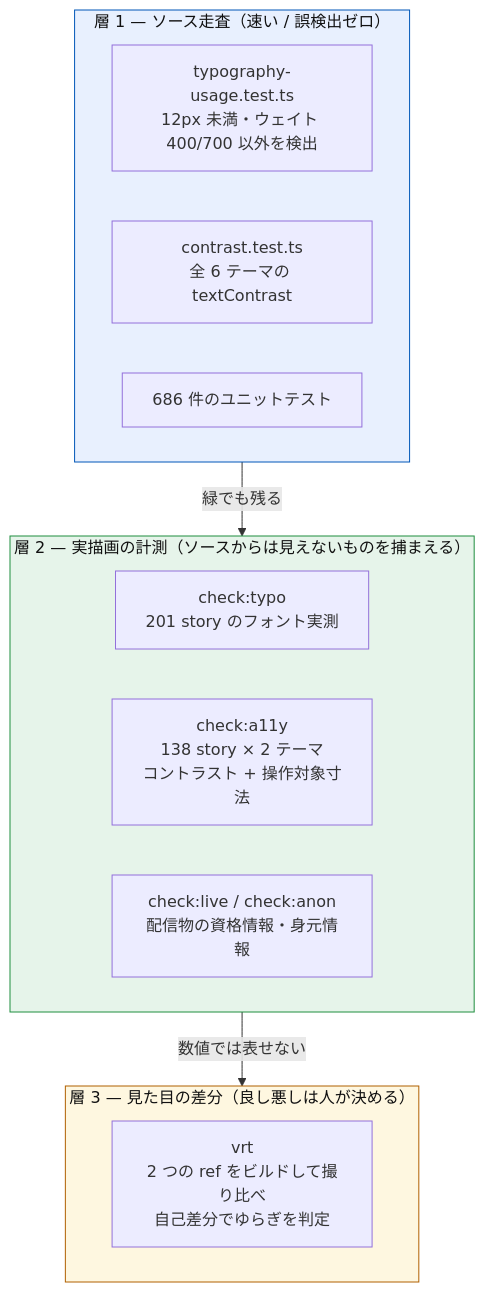
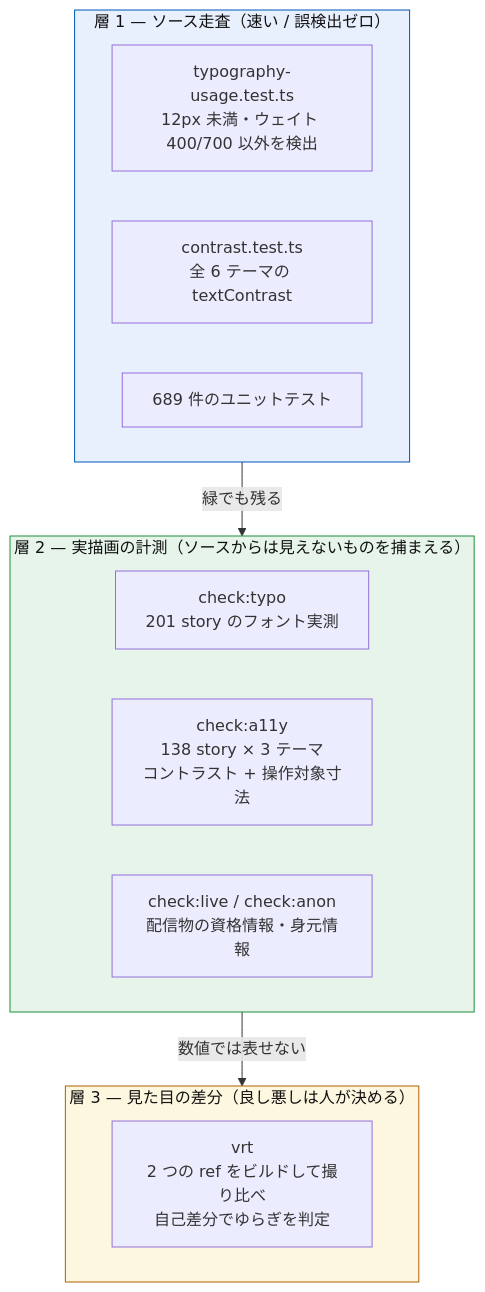
The diagram in docs/verification.md (BoxPistols/kaze-ux), drawn with Mermaid before and after one commit. The commit also changed other lines of this file and 7 other files, not shown here.

````diff
--- a/docs/verification.md
+++ b/docs/verification.md
@@ -7,25 +7,25 @@
 ```mermaid
 flowchart TB
   subgraph L1["層 1 — ソース走査（速い / 誤検出ゼロ）"]
     T1["typography-usage.test.ts<br/>12px 未満・ウェイト 400/700 以外を検出"]
     T2["contrast.test.ts<br/>全 6 テーマの textContrast"]
-    T3["686 件のユニットテスト"]
+    T3["689 件のユニットテスト"]
   end
 
   subgraph L2["層 2 — 実描画の計測（ソースからは見えないものを捕まえる）"]
     C1["check:typo<br/>201 story のフォント実測"]
-    C2["check:a11y<br/>138 story × 2 テーマ<br/>コントラスト + 操作対象寸法"]
+    C2["check:a11y<br/>138 story × 3 テーマ<br/>コントラスト + 操作対象寸法"]
     C3["check:live / check:anon<br/>配信物の資格情報・身元情報"]
   end
 
   subgraph L3["層 3 — 見た目の差分（良し悪しは人が決める）"]
     V1["vrt<br/>2 つの ref をビルドして撮り比べ<br/>自己差分でゆらぎを判定"]
   end
 
   L1 -->|"緑でも残る"| L2
   L2 -->|"数値では表せない"| L3
 
   style L1 fill:#e8f0fe,stroke:#0057B8,color:#111
   style L2 fill:#e6f4ea,stroke:#1e8e3e,color:#111
   style L3 fill:#fef7e0,stroke:#b06000,color:#111
 ```
````
